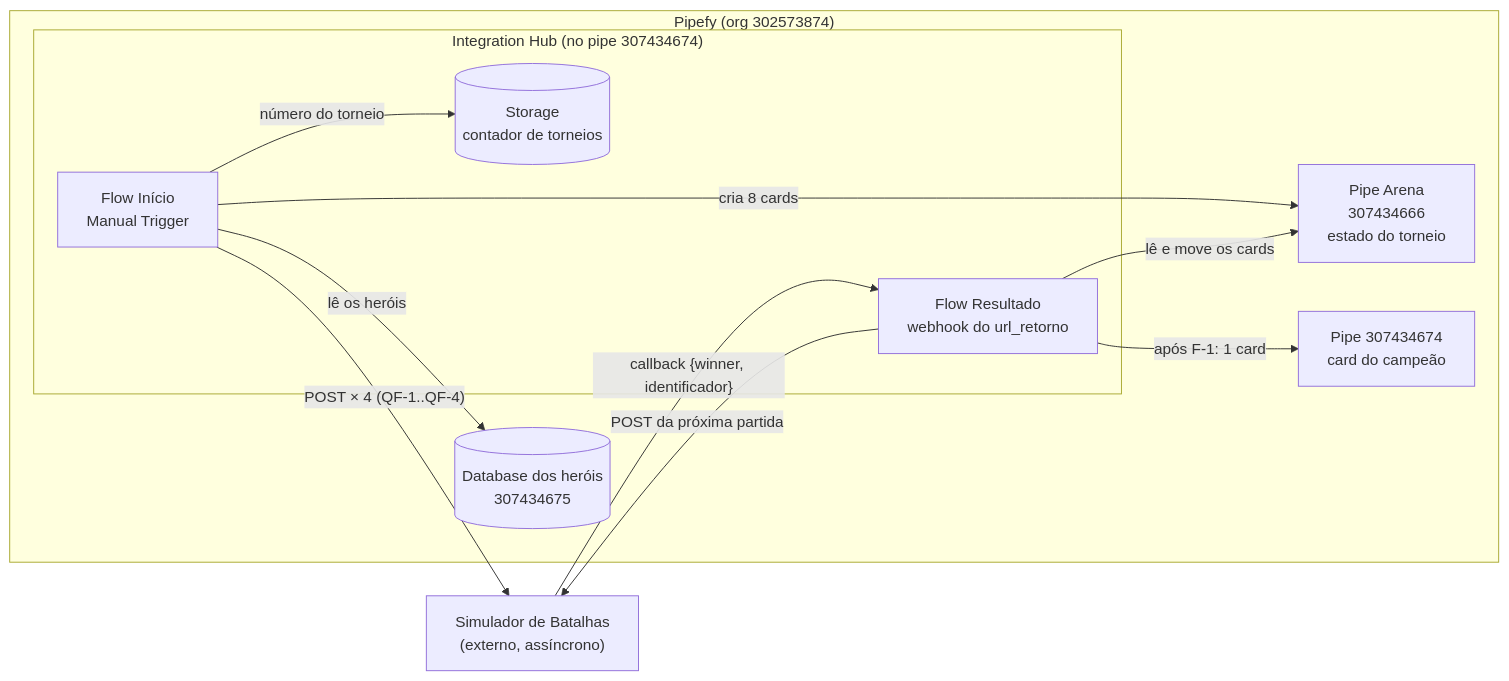
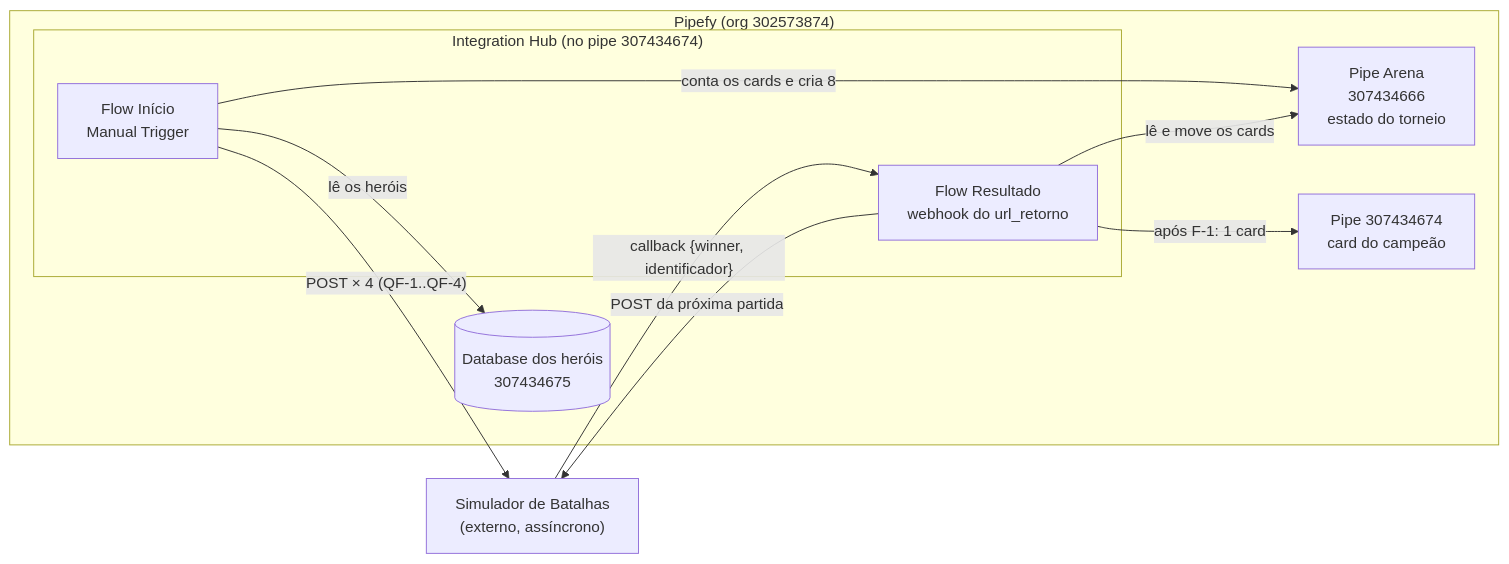
The first of 3 diagrams in docs/arquitetura.md (LucasAAlv/case-2-torneio), drawn with Mermaid before and after one commit. The commit also changed other lines of this file, not shown here.

Commit message:
docs: atualiza a arquitetura com os flows reais e o custo medido

````diff
--- a/docs/arquitetura.md
+++ b/docs/arquitetura.md
@@ -11,23 +11,21 @@
 ```mermaid
 flowchart LR
   subgraph Pipefy["Pipefy (org 302573874)"]
     DB[("Database dos heróis<br/>307434675")]
     ARENA["Pipe Arena<br/>307434666<br/>estado do torneio"]
     subgraph Hub["Integration Hub (no pipe 307434674)"]
       START["Flow Início<br/>Manual Trigger"]
       RESULT["Flow Resultado<br/>webhook do url_retorno"]
-      STORE[("Storage<br/>contador de torneios")]
     end
     FINAL["Pipe 307434674<br/>card do campeão"]
   end
   SIM["Simulador de Batalhas<br/>(externo, assíncrono)"]
 
   START -- lê os heróis --> DB
-  START -- número do torneio --> STORE
-  START -- cria 8 cards --> ARENA
+  START -- conta os cards e cria 8 --> ARENA
   START -- "POST × 4 (QF-1..QF-4)" --> SIM
   SIM -- "callback {winner, identificador}" --> RESULT
   RESULT -- lê e move os cards --> ARENA
   RESULT -- "POST da próxima partida" --> SIM
   RESULT -- "após F-1: 1 card" --> FINAL
 ```
````
